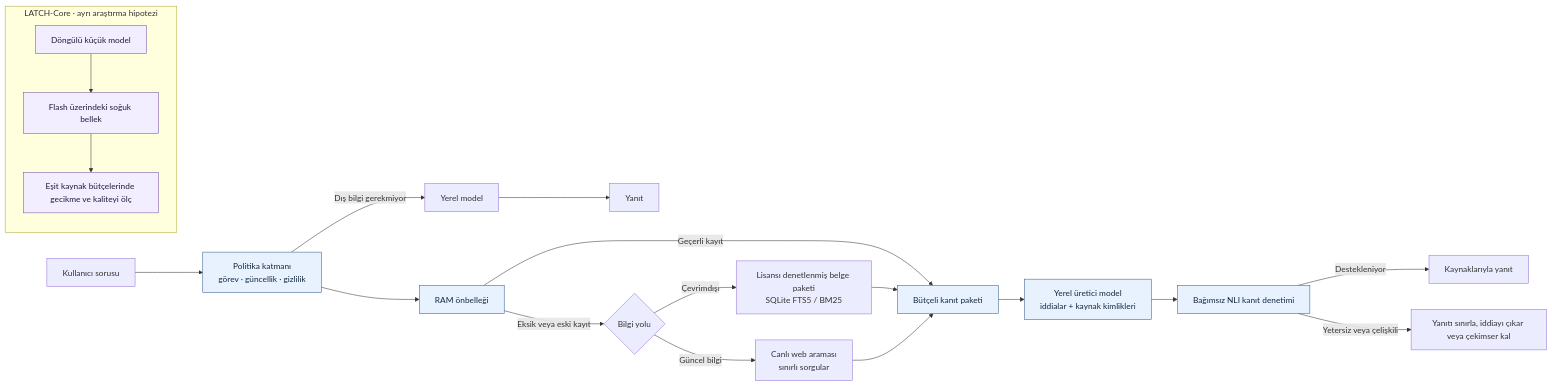
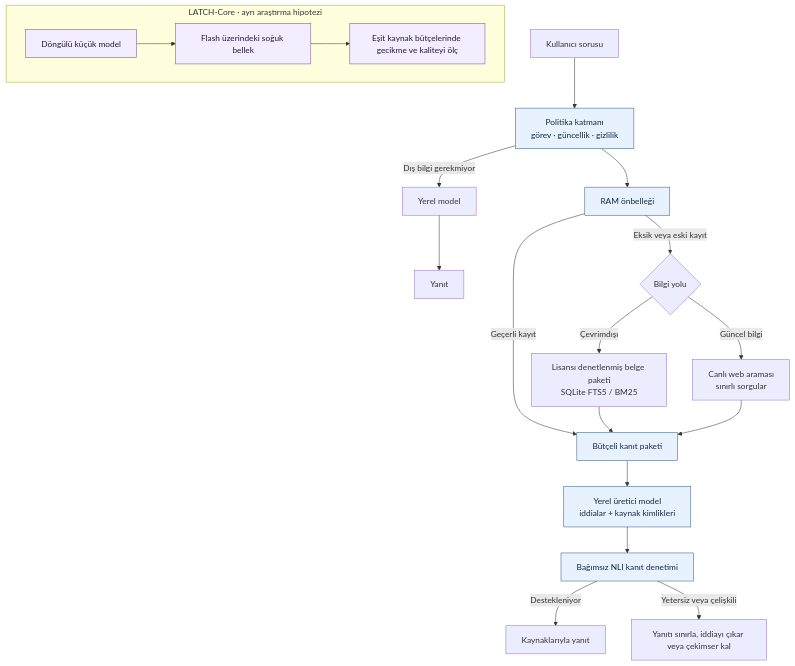
Before and after one commit to Apollonny/LATCH: the diagram in README.md, drawn with Mermaid.

Commit message:
Improve architecture diagram layout

````diff
--- a/README.md
+++ b/README.md
@@ -9,30 +9,30 @@
 ```mermaid
-flowchart LR
+flowchart TD
     U["Kullanıcı sorusu"] --> P["Politika katmanı<br/>görev · güncellik · gizlilik"]
 
     P -->|"Dış bilgi gerekmiyor"| LM["Yerel model"]
     LM --> A0["Yanıt"]
 
     P --> C["RAM önbelleği"]
     C -->|"Geçerli kayıt"| E["Bütçeli kanıt paketi"]
     C -->|"Eksik veya eski kayıt"| R{"Bilgi yolu"}
     R -->|"Çevrimdışı"| O["Lisansı denetlenmiş belge paketi<br/>SQLite FTS5 / BM25"]
     R -->|"Güncel bilgi"| W["Canlı web araması<br/>sınırlı sorgular"]
     O --> E
     W --> E
 
     E --> G["Yerel üretici model<br/>iddialar + kaynak kimlikleri"]
     G --> V["Bağımsız NLI kanıt denetimi"]
     V -->|"Destekleniyor"| A["Kaynaklarıyla yanıt"]
     V -->|"Yetersiz veya çelişkili"| Q["Yanıtı sınırla, iddiayı çıkar veya çekimser kal"]
 
     subgraph CORE["LATCH-Core · ayrı araştırma hipotezi"]
         M["Döngülü küçük model"] --> F["Flash üzerindeki soğuk bellek"]
         F --> B["Eşit kaynak bütçelerinde gecikme ve kaliteyi ölç"]
     end
 
     classDef product fill:#e8f2ff,stroke:#315b8a,color:#13283f
     classDef research fill:#f2edff,stroke:#7050a0,color:#24183a
     class P,C,E,G,V product
     class M,F,B research
 ```
````
